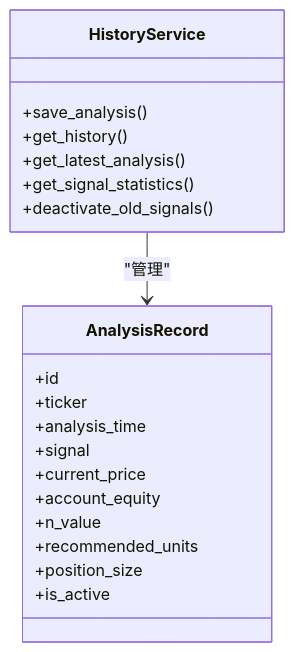
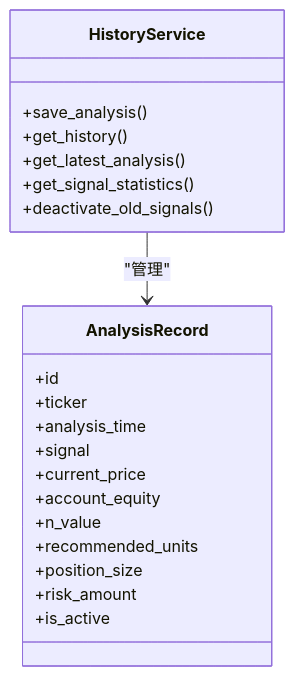
Before and after one commit to raymodny-ai/The-Modern-Turtle-Protocol: the sixth of 8 diagrams in .qoder/repowiki/zh/content/核心功能模块/历史记录模块.md, drawn with Mermaid. The commit also changed other lines of this file and 15 other files, not shown here.

````diff
--- a/.qoder/repowiki/zh/content/核心功能模块/历史记录模块.md
+++ b/.qoder/repowiki/zh/content/核心功能模块/历史记录模块.md
@@ -285,23 +288,24 @@
 ```mermaid
 classDiagram
 class HistoryService {
 +save_analysis()
 +get_history()
 +get_latest_analysis()
 +get_signal_statistics()
 +deactivate_old_signals()
 }
 class AnalysisRecord {
 +id
 +ticker
 +analysis_time
 +signal
 +current_price
 +account_equity
 +n_value
 +recommended_units
 +position_size
++risk_amount
 +is_active
 }
 HistoryService --> AnalysisRecord : "管理"
 ```
````
